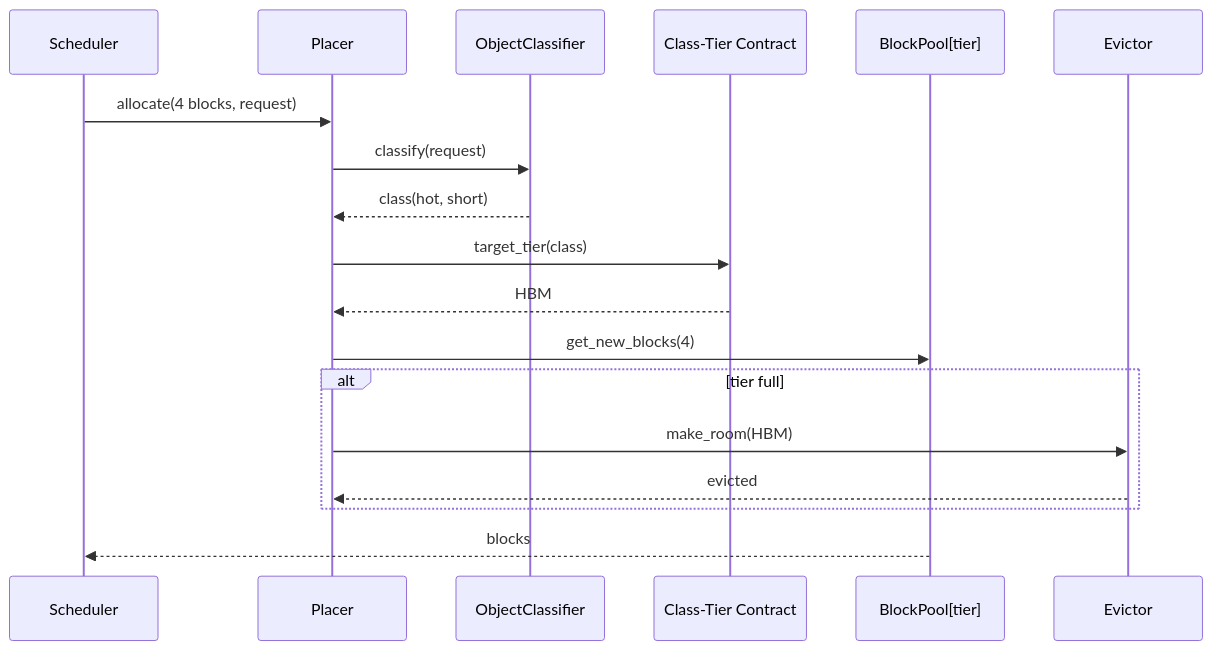
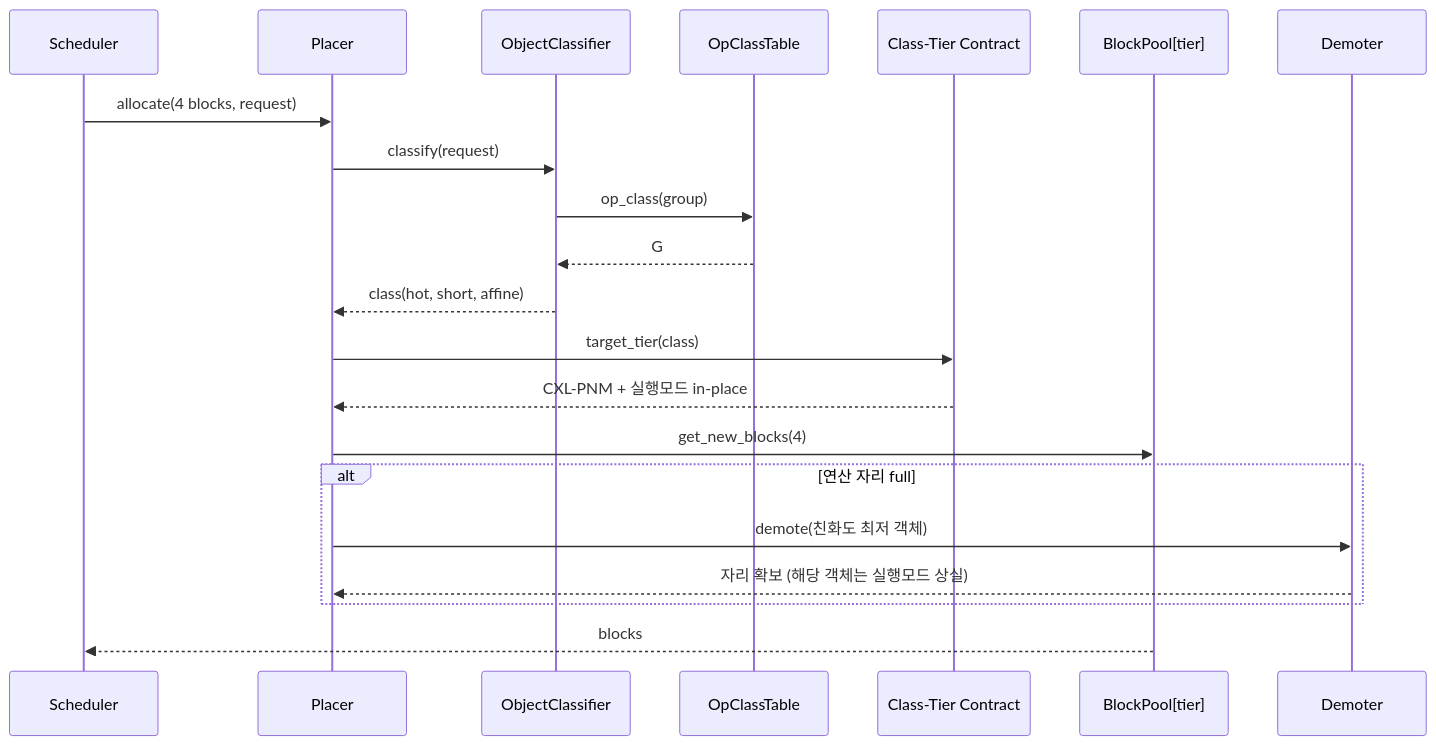
One commit to mkim0628/vllm changed the sixth of 8 diagrams in doc-mk/vllm-dp1-placement-decision-basis.md. Above: the diagram before and after it, drawn with Mermaid. The commit also changed other lines of this file, not shown here.

````diff
--- a/doc-mk/vllm-dp1-placement-decision-basis.md
+++ b/doc-mk/vllm-dp1-placement-decision-basis.md
@@ -368,20 +448,23 @@
 ```mermaid
 sequenceDiagram
   participant S as Scheduler
   participant P as Placer
   participant C as ObjectClassifier
+  participant O as OpClassTable
   participant K as Class-Tier Contract
   participant B as BlockPool[tier]
-  participant E as Evictor
+  participant W as Demoter
   S->>P: allocate(4 blocks, request)
   P->>C: classify(request)
-  C-->>P: class(hot, short)
+  C->>O: op_class(group)
+  O-->>C: G
+  C-->>P: class(hot, short, affine)
   P->>K: target_tier(class)
-  K-->>P: HBM
+  K-->>P: CXL-PNM + 실행모드 in-place
   P->>B: get_new_blocks(4)
-  alt tier full
-    P->>E: make_room(HBM)
-    E-->>P: evicted
+  alt 연산 자리 full
+    P->>W: demote(친화도 최저 객체)
+    W-->>P: 자리 확보 (해당 객체는 실행모드 상실)
   end
   B-->>S: blocks
 ```
````
